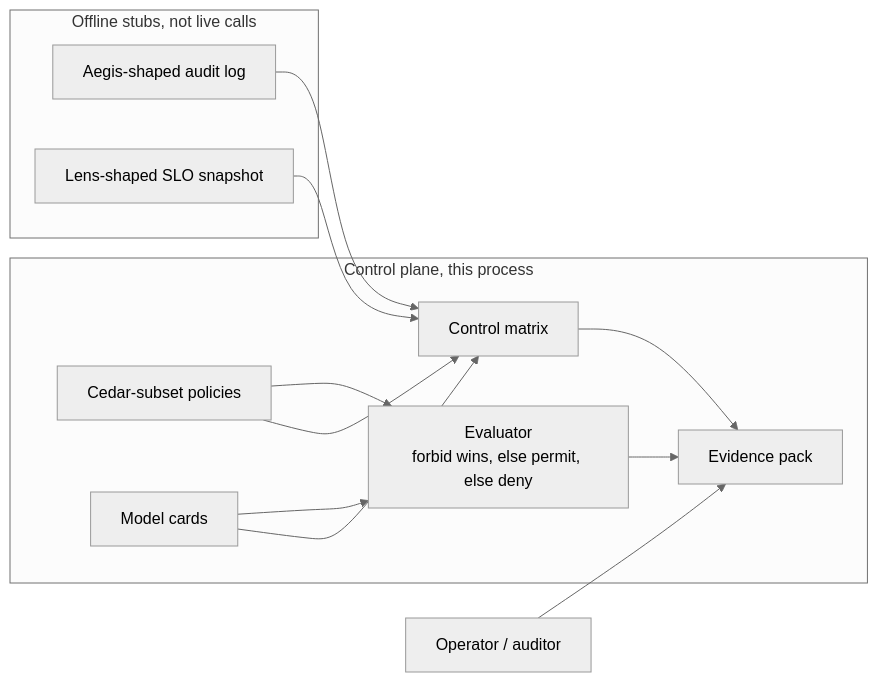
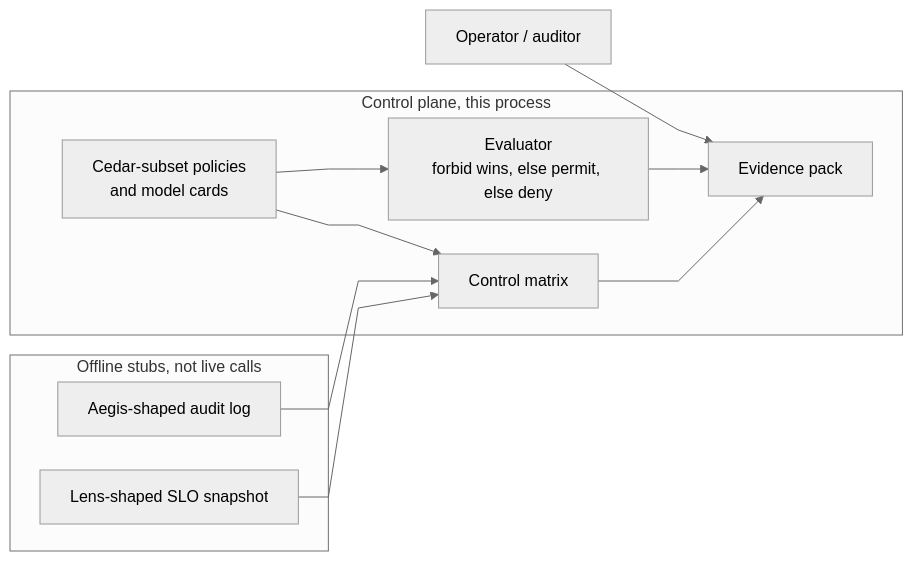
Before and after one commit to kumarlakshya24/enterprise-ai-platform: the first of 3 diagrams in charter/README.md, drawn with Mermaid (neutral theme). The commit also changed 6 other files, not shown here.

First line of the commit message:
docs: redraw seven project architecture diagrams with no crossing lines (#24)

````diff
--- a/charter/README.md
+++ b/charter/README.md
@@ -101,23 +101,21 @@
 ```mermaid
+%%{init: {"flowchart": {"curve": "linear", "nodeSpacing": 34, "rankSpacing": 60}}}%%
 flowchart LR
+  Op["Operator / auditor"] --> Pack
   subgraph CP["Control plane, this process"]
-    Pol["Cedar-subset policies"]
-    Reg["Model cards"]
+    Bundle["Cedar-subset policies<br/>and model cards"]
     Eng["Evaluator<br/>forbid wins, else permit, else deny"]
     Mat["Control matrix"]
     Pack["Evidence pack"]
   end
   subgraph stubs["Offline stubs, not live calls"]
     Aeg["Aegis-shaped audit log"]
     Slo["Lens-shaped SLO snapshot"]
   end
-  Op["Operator / auditor"] --> Pack
-  Pol --> Eng
-  Reg --> Eng
+  Bundle --> Eng
+  Bundle --> Mat
   Eng --> Pack
+  Mat --> Pack
   Aeg --> Mat
   Slo --> Mat
-  Pol --> Mat
-  Reg --> Mat
-  Mat --> Pack
 ```
````
